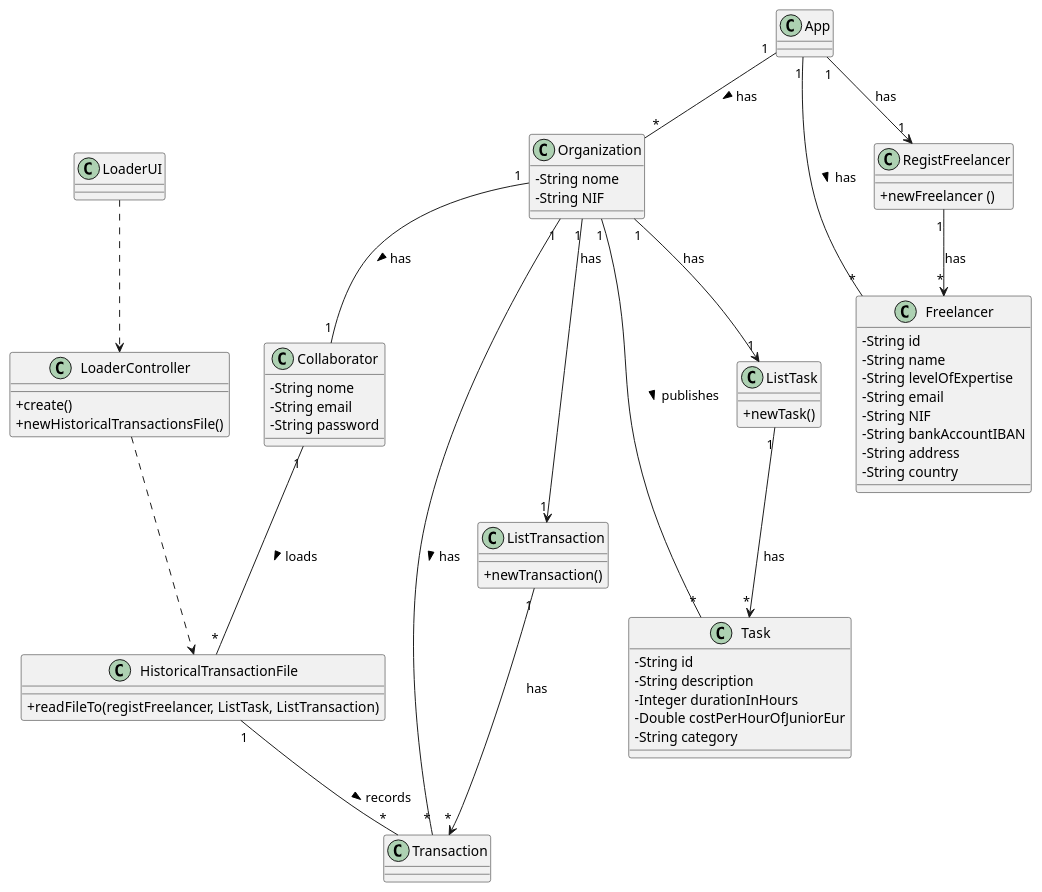
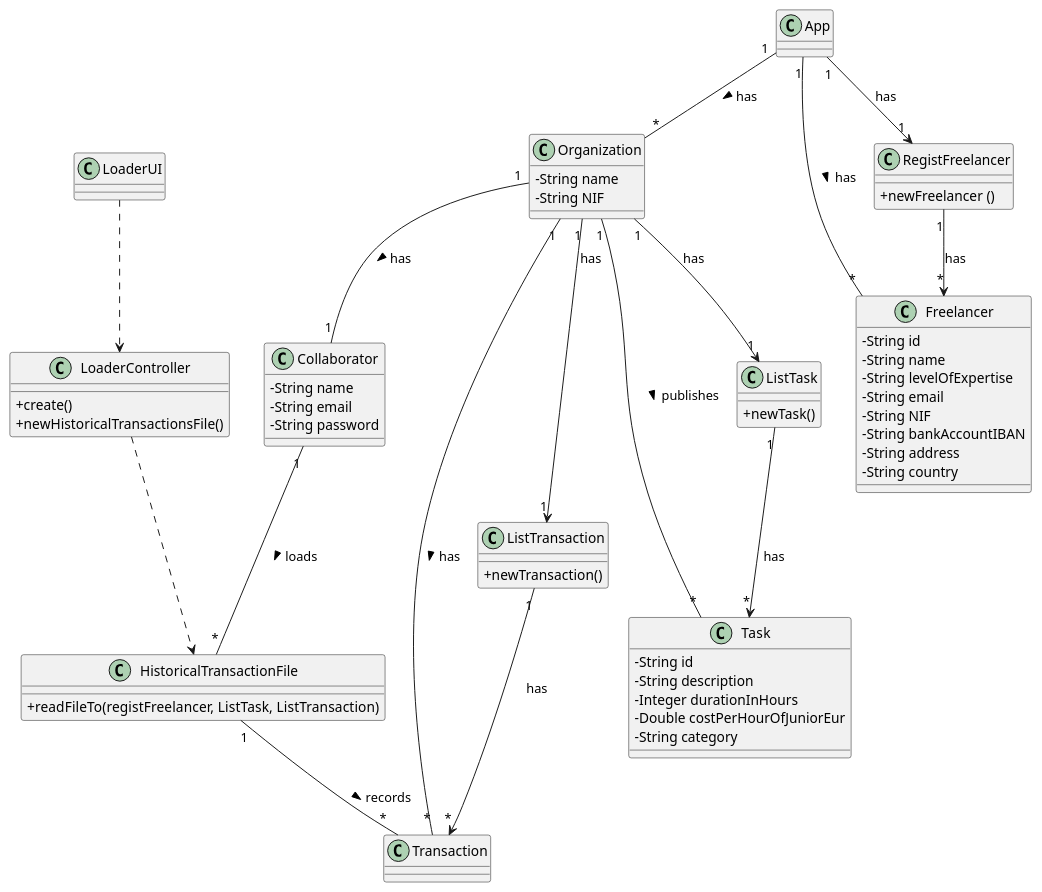
Before and after one commit to botelho-io/lapr2-2020-g029: the diagram in docs/UC_04/UC04_CD.puml, drawn with PlantUML. The commit also changed 38 other files, not shown here.

Commit message:
nome -> name [documentation]

```diff
--- a/docs/UC_04/UC04_CD.puml
+++ b/docs/UC_04/UC04_CD.puml
@@ -1,86 +1,86 @@
 @startuml CD
 skinparam classAttributeIconSize 0
 top to bottom direction
 
 class LoaderUI {
 
 }
 
 class LoaderController {
         + create()
         + newHistoricalTransactionsFile()
 }
 
 class App {
 
 }
 
 class Organization {
-        - String nome
+        - String name
         - String NIF
 }
 
 class Transaction {
 
 }
 
 class Task {
         - String id
         - String description
         - Integer durationInHours
         - Double costPerHourOfJuniorEur
         - String category
 }
 
 class Collaborator {
-        - String nome
+        - String name
         - String email
         - String password
 }
 
 class Freelancer {
         - String id
         - String name
         - String levelOfExpertise
         - String email
         - String NIF
         - String bankAccountIBAN
         - String address
         - String country
 }
 
 class HistoricalTransactionFile {
         + readFileTo(registFreelancer, ListTask, ListTransaction)
 }
 
 class ListTransaction {
         + newTransaction()
 }
 
 class ListTask {
         + newTask()
 }
 
 class RegistFreelancer {
         + newFreelancer ()
 }
 
 
 LoaderUI ..> LoaderController
 LoaderController ..> HistoricalTransactionFile
 Organization                 "1" -- "1"      Collaborator              : has >
 Organization                 "1" -- "*"      Task                      : publishes >
 Organization                 "1" -- "*"      Transaction               : has >
 App                          "1" -- "*"      Organization              : has >
 App                          "1" -- "*"      Freelancer                : has >
 App                          "1" --> "1"     RegistFreelancer          : has
 RegistFreelancer             "1" --> "*"     Freelancer                : has
 Collaborator                 "1" -- "*"      HistoricalTransactionFile : loads >
 HistoricalTransactionFile    "1" -- "*"      Transaction               : records >
 ListTransaction              "1" --> "*"     Transaction               : has
 Organization                 "1" --> "1"      ListTask                  : has
 ListTask                     "1" --> "*"      Task                      : has
 Organization                 "1" --> "1"      ListTransaction           : has
 
 
 @enduml
```
